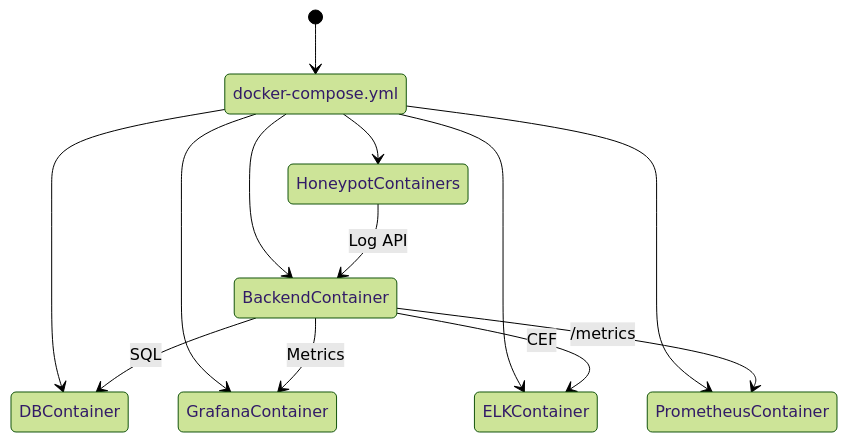
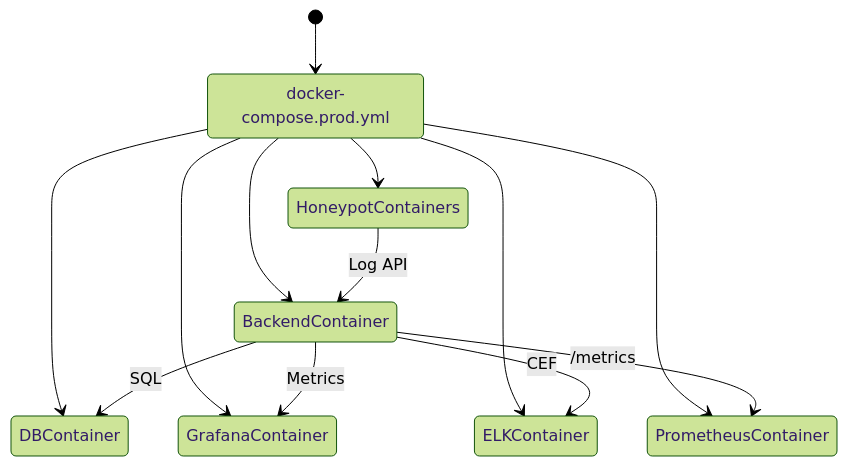
One commit to sriram21-09/PhantomNet changed the third of 3 diagrams in README.md. Above: the diagram before and after it, drawn with Mermaid (forest theme). The commit also changed other lines of this file, not shown here.

Commit message:
docs: overhaul README with expanded architecture diagrams, updated project details, and comprehensive feature tables

````diff
--- a/README.md
+++ b/README.md
@@ -112,16 +105,16 @@
 ```mermaid
 stateDiagram-v2
-    [*] --> DockerCompose
-    DockerCompose: docker-compose.yml
-    DockerCompose --> HoneypotContainers
-    DockerCompose --> BackendContainer
-    DockerCompose --> DBContainer
-    DockerCompose --> GrafanaContainer
-    DockerCompose --> PrometheusContainer
-    DockerCompose --> ELKContainer
+    [*] --> Compose
+    Compose: docker-compose.prod.yml
+    Compose --> HoneypotContainers
+    Compose --> BackendContainer
+    Compose --> DBContainer
+    Compose --> PrometheusContainer
+    Compose --> GrafanaContainer
+    Compose --> ELKContainer
     HoneypotContainers --> BackendContainer: Log API
     BackendContainer --> DBContainer: SQL
     BackendContainer --> GrafanaContainer: Metrics
     BackendContainer --> ELKContainer: CEF
     BackendContainer --> PrometheusContainer: /metrics
 ```
````
